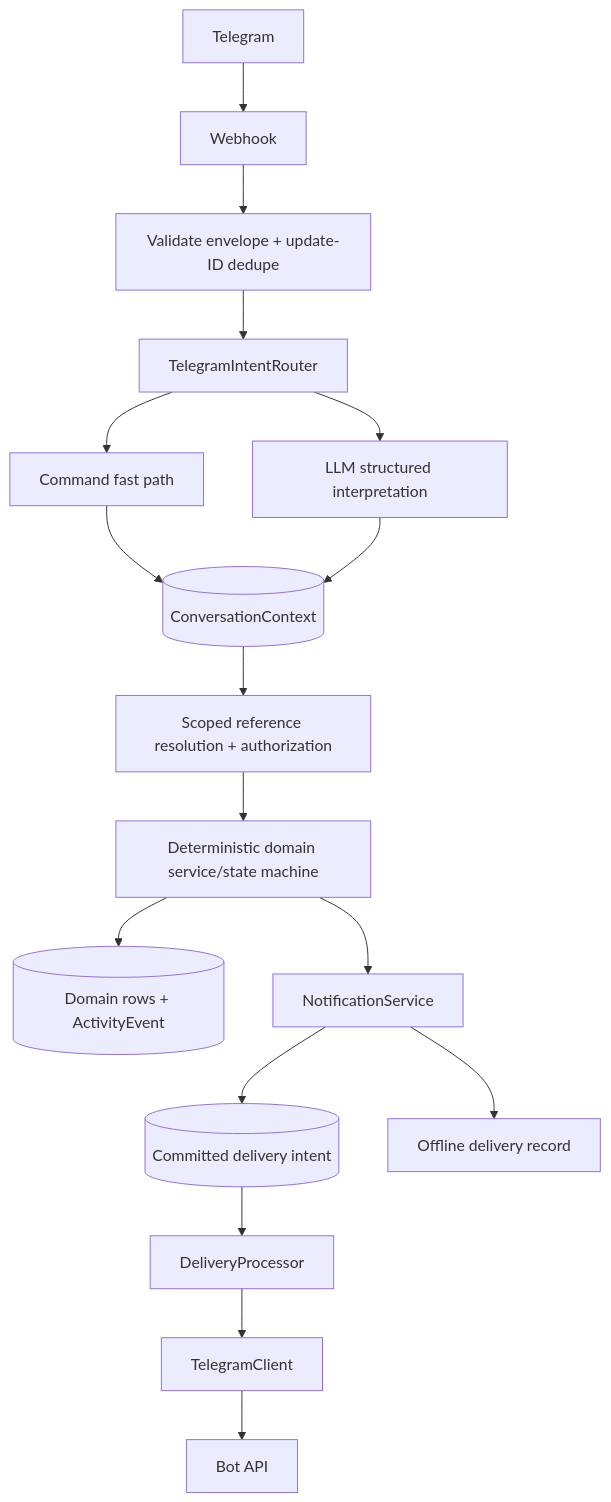
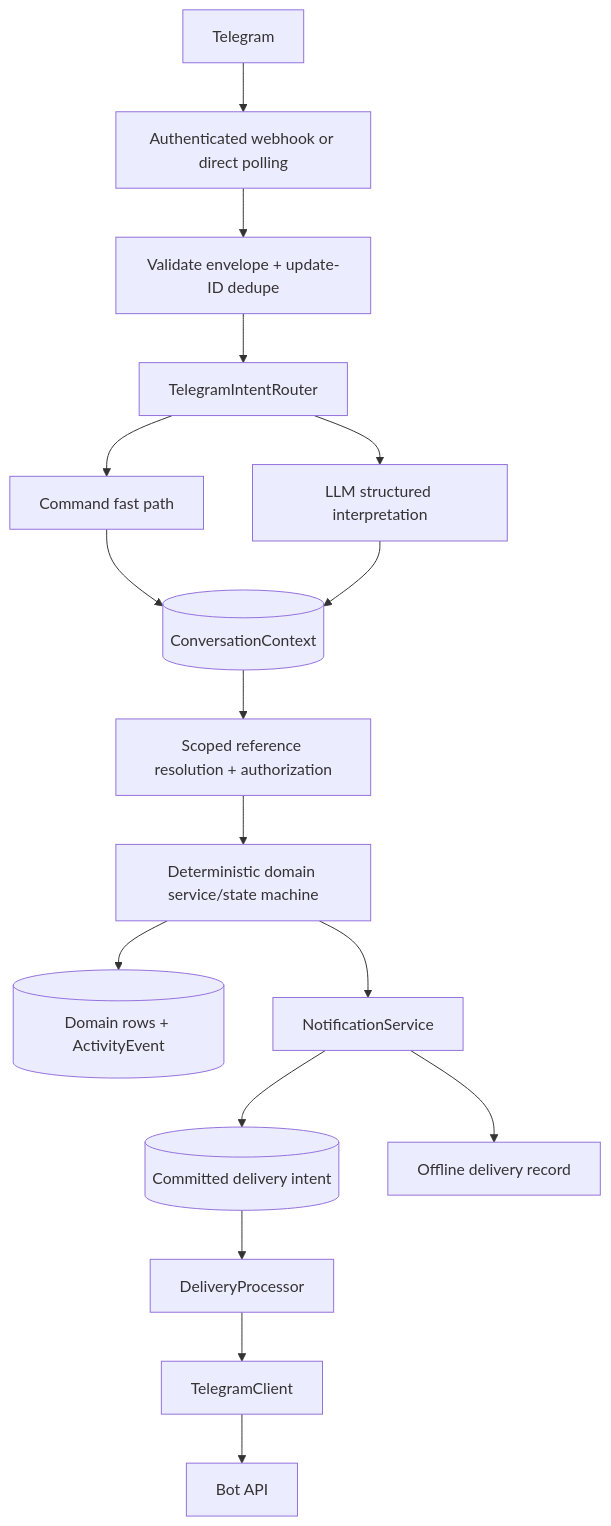
The first of 2 diagrams in ARCHITECTURE.md (karthikLagudu/SIM_Class_Relay), drawn with Mermaid before and after one commit. The commit also changed other lines of this file and 21 other files, not shown here.

````diff
--- a/ARCHITECTURE.md
+++ b/ARCHITECTURE.md
@@ -16,18 +16,18 @@
 ```mermaid
 flowchart TD
-    Telegram --> Webhook
-    Webhook --> Dedupe[Validate envelope + update-ID dedupe]
+    Telegram --> Transport[Authenticated webhook or direct polling]
+    Transport --> Dedupe[Validate envelope + update-ID dedupe]
     Dedupe --> Router[TelegramIntentRouter]
     Router --> Commands[Command fast path]
     Router --> LLM[LLM structured interpretation]
     Commands --> Context[(ConversationContext)]
     LLM --> Context
     Context --> Authorization[Scoped reference resolution + authorization]
     Authorization --> Domain[Deterministic domain service/state machine]
     Domain --> DB[(Domain rows + ActivityEvent)]
     Domain --> NotificationService
     NotificationService --> Outbox[(Committed delivery intent)]
     Outbox --> Dispatcher[DeliveryProcessor]
     Dispatcher --> TelegramClient --> API[Bot API]
     NotificationService --> Log[Offline delivery record]
 ```
````
